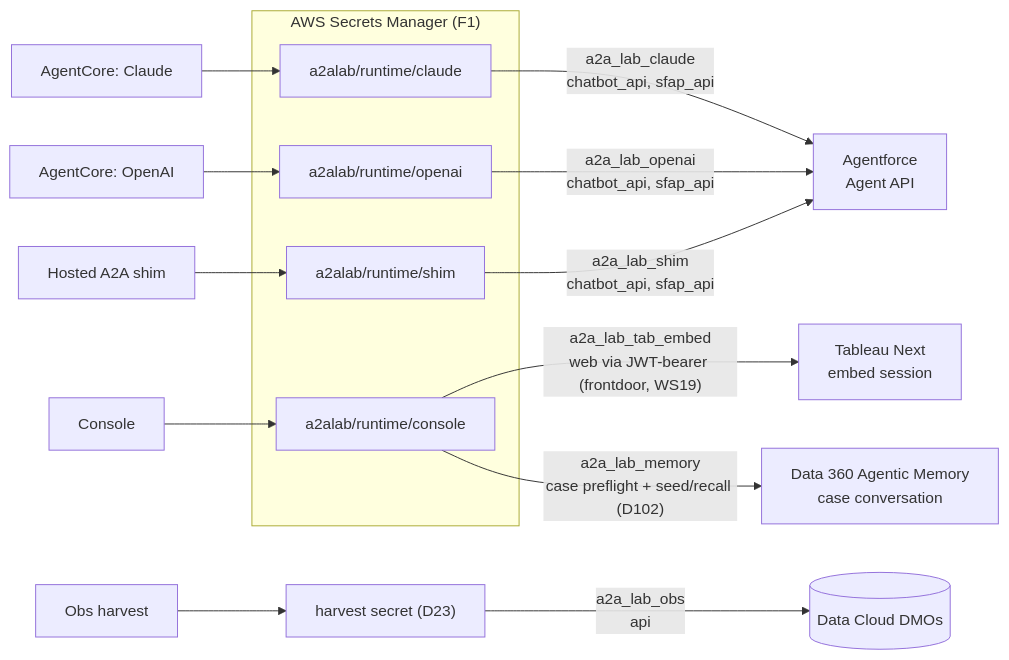
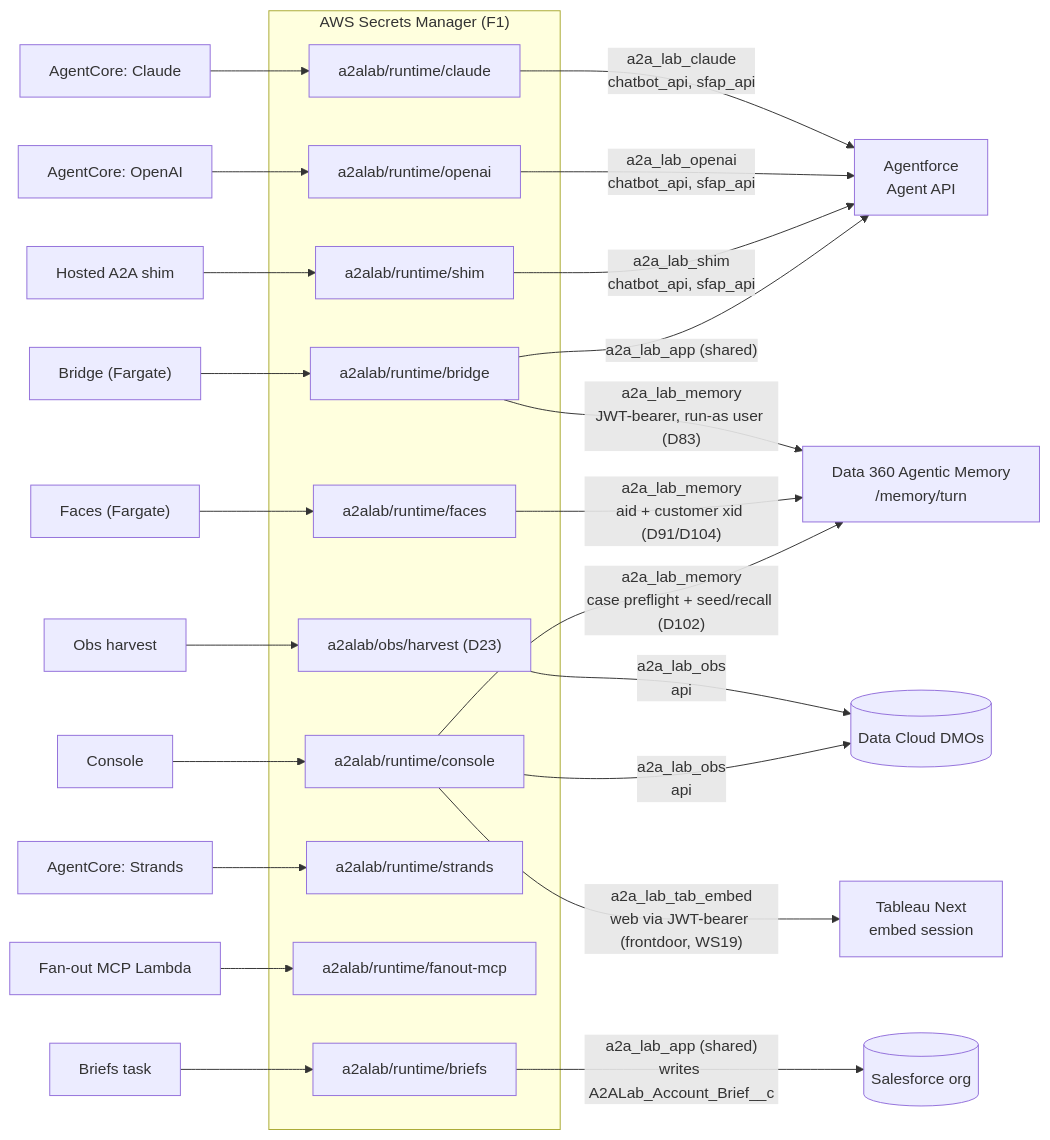
The eighth of 18 diagrams in plan/08-insights.md (congmingwudi/a2a-lab), drawn with Mermaid before and after one commit. The commit also changed other lines of this file and 15 other files, not shown here.

First line of the commit message:
WS30: Digital Wallet consumption tab scaffold + architecture sweep fixes

````diff
--- a/plan/08-insights.md
+++ b/plan/08-insights.md
@@ -448,22 +454,38 @@
 ```mermaid
 flowchart LR
     subgraph sm["AWS Secrets Manager (F1)"]
         SC["a2alab/runtime/claude"]
         SO["a2alab/runtime/openai"]
         SS["a2alab/runtime/shim"]
         SCON["a2alab/runtime/console"]
+        SB["a2alab/runtime/bridge"]
+        SF["a2alab/runtime/faces"]
+        SBR["a2alab/runtime/briefs"]
+        SST["a2alab/runtime/strands"]
+        SFAN["a2alab/runtime/fanout-mcp"]
+        SH["a2alab/obs/harvest (D23)"]
     end
 
     ACC["AgentCore: Claude"] --> SC
     ACO["AgentCore: OpenAI"] --> SO
     HSHIM["Hosted A2A shim"] --> SS
     CON["Console"] --> SCON
-    HARV["Obs harvest"] --> SH["harvest secret (D23)"]
+    HARV["Obs harvest"] --> SH
+    BR["Bridge (Fargate)"] --> SB
+    FACES["Faces (Fargate)"] --> SF
+    BRIEFS["Briefs task"] --> SBR
+    ACS["AgentCore: Strands"] --> SST
+    FAN["Fan-out MCP Lambda"] --> SFAN
 
     SC -- "a2a_lab_claude<br/>chatbot_api, sfap_api" --> AAPI["Agentforce<br/>Agent API"]
     SO -- "a2a_lab_openai<br/>chatbot_api, sfap_api" --> AAPI
     SS -- "a2a_lab_shim<br/>chatbot_api, sfap_api" --> AAPI
     SH -- "a2a_lab_obs<br/>api" --> DMO[("Data Cloud DMOs")]
     SCON -- "a2a_lab_tab_embed<br/>web via JWT-bearer (frontdoor, WS19)" --> TAB["Tableau Next<br/>embed session"]
-    SCON -- "a2a_lab_memory<br/>case preflight + seed/recall (D102)" --> MEMD102["Data 360 Agentic Memory<br/>case conversation"]
+    SCON -- "a2a_lab_obs<br/>api" --> DMO
+    SB -- "a2a_lab_app (shared)" --> AAPI
+    SB -- "a2a_lab_memory<br/>JWT-bearer, run-as user (D83)" --> MEM["Data 360 Agentic Memory<br/>/memory/turn"]
+    SF -- "a2a_lab_memory<br/>aid + customer xid (D91/D104)" --> MEM
+    SCON -- "a2a_lab_memory<br/>case preflight + seed/recall (D102)" --> MEM
+    SBR -- "a2a_lab_app (shared)<br/>writes A2ALab_Account_Brief__c" --> SFORG[("Salesforce org")]
 ```
````
